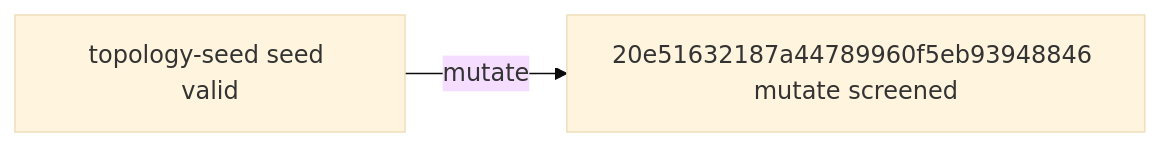
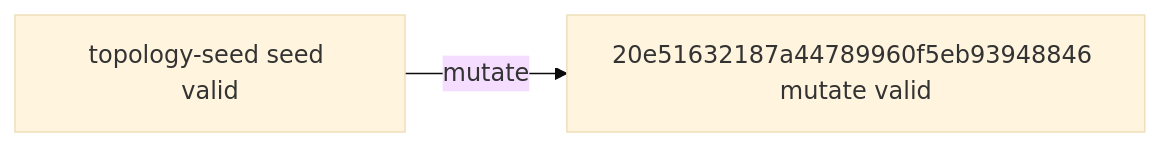
The diagram in experiments/campaigns/topology-smac-v1/README.md (timbtz/feyer-search-lab), drawn with Mermaid (base theme) before and after one commit. The commit also changed other lines of this file and 7 other files, not shown here.

````diff
--- a/experiments/campaigns/topology-smac-v1/README.md
+++ b/experiments/campaigns/topology-smac-v1/README.md
@@ -21,6 +21,6 @@
 ```mermaid
 graph LR
   n0["topology-seed seed valid"]
-  n1["20e51632187a44789960f5eb93948846 mutate screened"]
+  n1["20e51632187a44789960f5eb93948846 mutate valid"]
   n0 -->|mutate| n1
 ```
````
